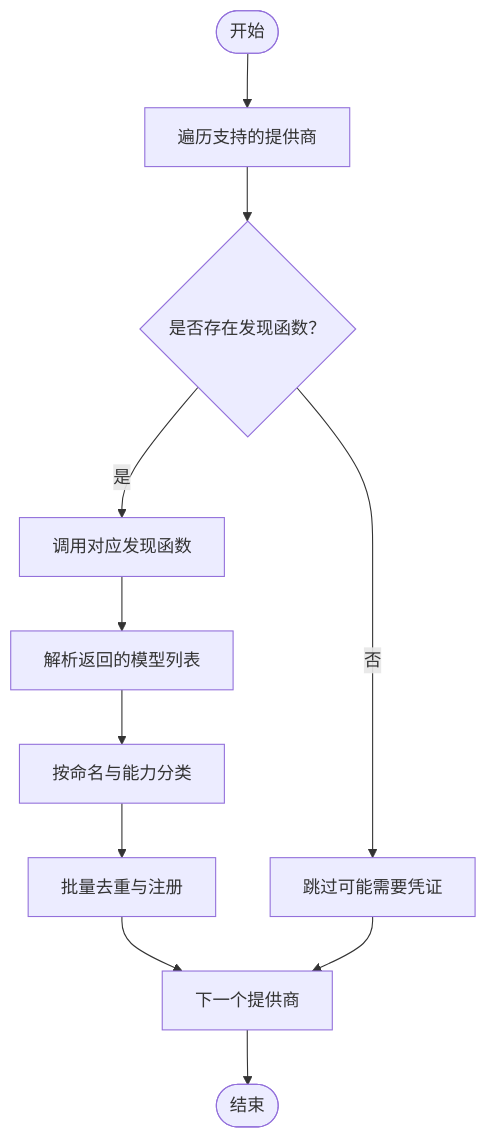
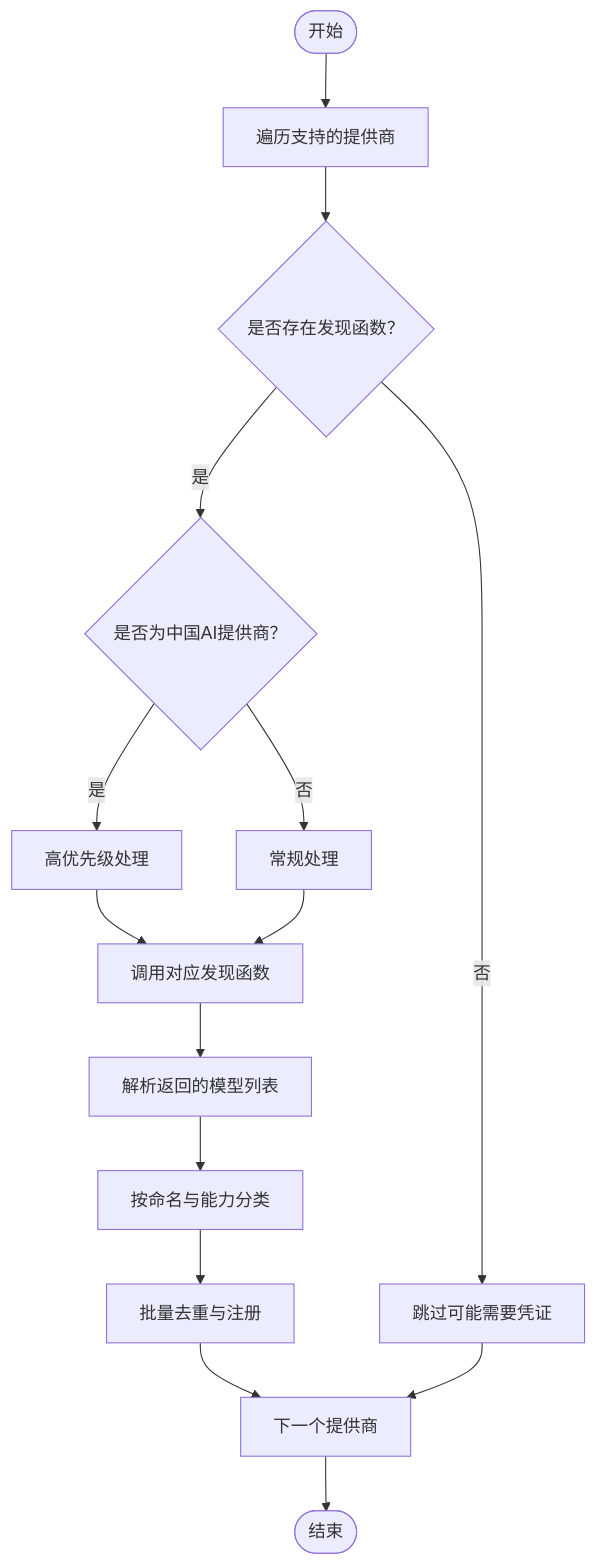
The sixth of 8 diagrams in .qoder/repowiki/zh/content/配置管理/AI提供商配置/AI提供商配置.md (jackeyunjie/open-notebook), drawn with Mermaid before and after one commit. The commit also changed other lines of this file and 89 other files, not shown here.

````diff
--- a/.qoder/repowiki/zh/content/配置管理/AI提供商配置/AI提供商配置.md
+++ b/.qoder/repowiki/zh/content/配置管理/AI提供商配置/AI提供商配置.md
@@ -304,13 +310,17 @@
 ```mermaid
 flowchart TD
 S(["开始"]) --> ForEach["遍历支持的提供商"]
 ForEach --> HasFunc{"是否存在发现函数？"}
 HasFunc --> |否| Skip["跳过可能需要凭证"]
-HasFunc --> |是| Call["调用对应发现函数"]
+HasFunc --> |是| CheckPriority{"是否为中国AI提供商？"}
+CheckPriority --> |是| Priority["高优先级处理"]
+CheckPriority --> |否| Normal["常规处理"]
+Priority --> Call["调用对应发现函数"]
+Normal --> Call
 Call --> Parse["解析返回的模型列表"]
 Parse --> Classify["按命名与能力分类"]
 Classify --> Batch["批量去重与注册"]
 Batch --> Next["下一个提供商"]
 Skip --> Next
 Next --> End(["结束"])
 ```
````
